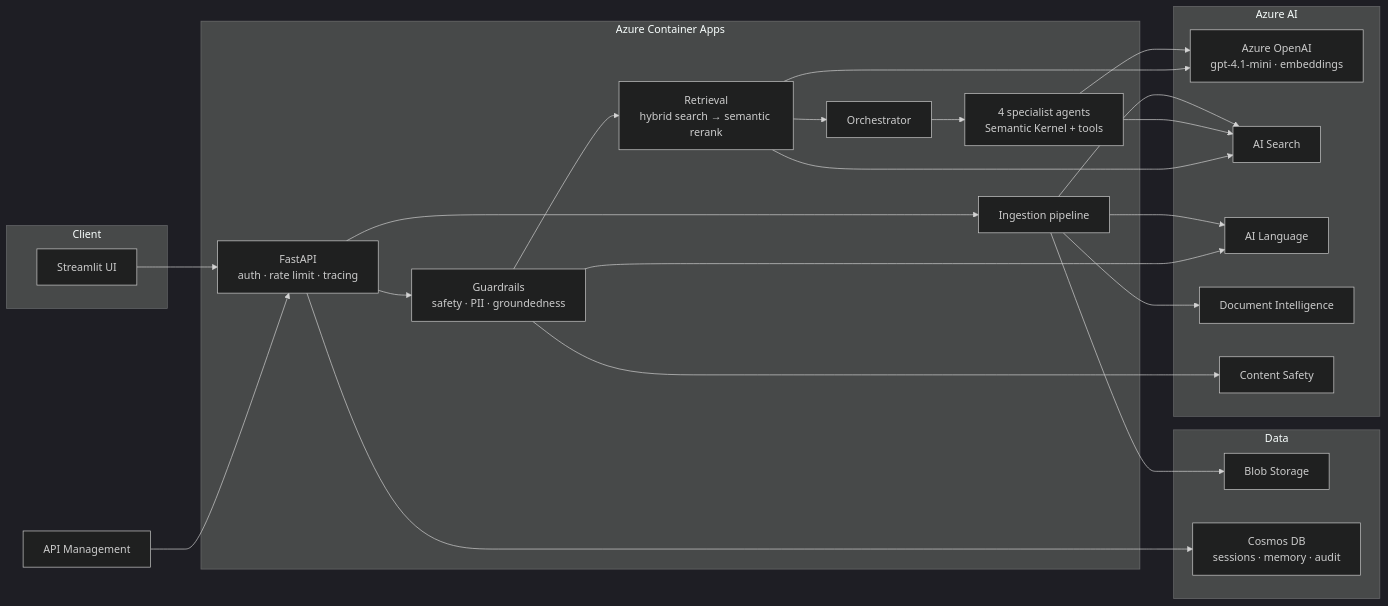
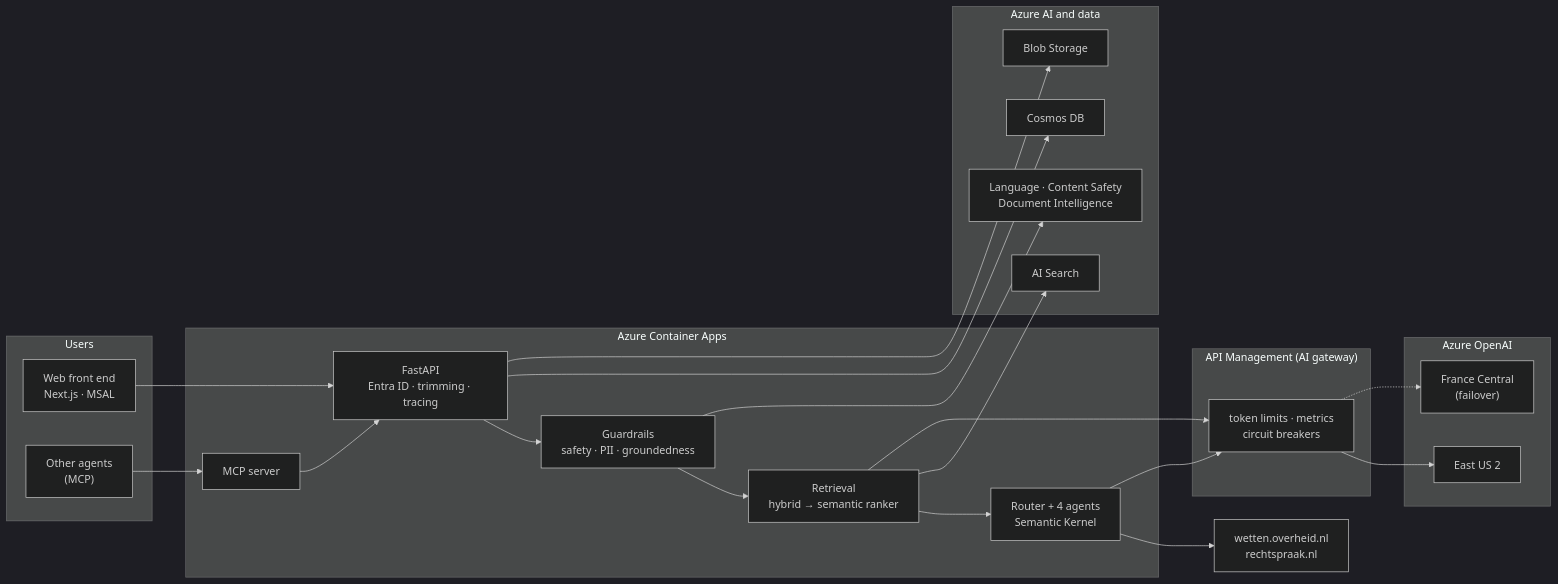
One commit to munyaradzi-zhou/LegalMind-AI changed the diagram in README.md. Above: the diagram before and after it, drawn with Mermaid (dark theme). The commit also changed other lines of this file and 4 other files, not shown here.

````diff
--- a/README.md
+++ b/README.md
@@ -30,40 +33,40 @@
 ```mermaid
 graph LR
-    subgraph Client
-        UI["Streamlit UI"]
+    subgraph Users
+        WEB["Web front end<br/>Next.js · MSAL"]
+        MCPC["Other agents<br/>(MCP)"]
     end
     subgraph "Azure Container Apps"
-        API["FastAPI<br/>auth · rate limit · tracing"]
+        API["FastAPI<br/>Entra ID · trimming · tracing"]
         GR["Guardrails<br/>safety · PII · groundedness"]
-        RET["Retrieval<br/>hybrid search → semantic rerank"]
-        ORCH["Orchestrator"]
-        AG["4 specialist agents<br/>Semantic Kernel + tools"]
-        ING["Ingestion pipeline"]
+        RET["Retrieval<br/>hybrid → semantic ranker"]
+        AG["Router + 4 agents<br/>Semantic Kernel"]
+        MCP["MCP server"]
     end
-    subgraph "Azure AI"
-        OAI["Azure OpenAI<br/>gpt-4.1-mini · embeddings"]
+    subgraph "API Management (AI gateway)"
+        GW["token limits · metrics<br/>circuit breakers"]
+    end
+    subgraph "Azure OpenAI"
+        OAI1["East US 2"]
+        OAI2["France Central<br/>(failover)"]
+    end
+    subgraph "Azure AI and data"
         SRCH["AI Search"]
-        LANG["AI Language"]
-        DI["Document Intelligence"]
-        CS["Content Safety"]
+        AIS["Language · Content Safety<br/>Document Intelligence"]
+        COS["Cosmos DB"]
+        BLOB["Blob Storage"]
     end
-    subgraph Data
-        BLOB["Blob Storage"]
-        COSMOS["Cosmos DB<br/>sessions · memory · audit"]
-    end
-    APIM["API Management"] --> API
-    UI --> API
-    API --> GR --> RET --> ORCH --> AG
-    API --> ING
+    LAW["wetten.overheid.nl<br/>rechtspraak.nl"]
+    WEB --> API
+    MCPC --> MCP --> API
+    API --> GR --> RET --> AG
     RET --> SRCH
-    RET --> OAI
-    AG --> OAI
-    AG --> SRCH
-    GR --> CS
-    GR --> LANG
-    ING --> DI
-    ING --> LANG
-    ING --> BLOB
-    ING --> SRCH
-    API --> COSMOS
+    AG --> LAW
+    GR --> AIS
+    API --> COS
+    API --> BLOB
+    AG --> GW
+    RET --> GW
+    GW --> OAI1
+    GW -.-> OAI2
 ```
````
